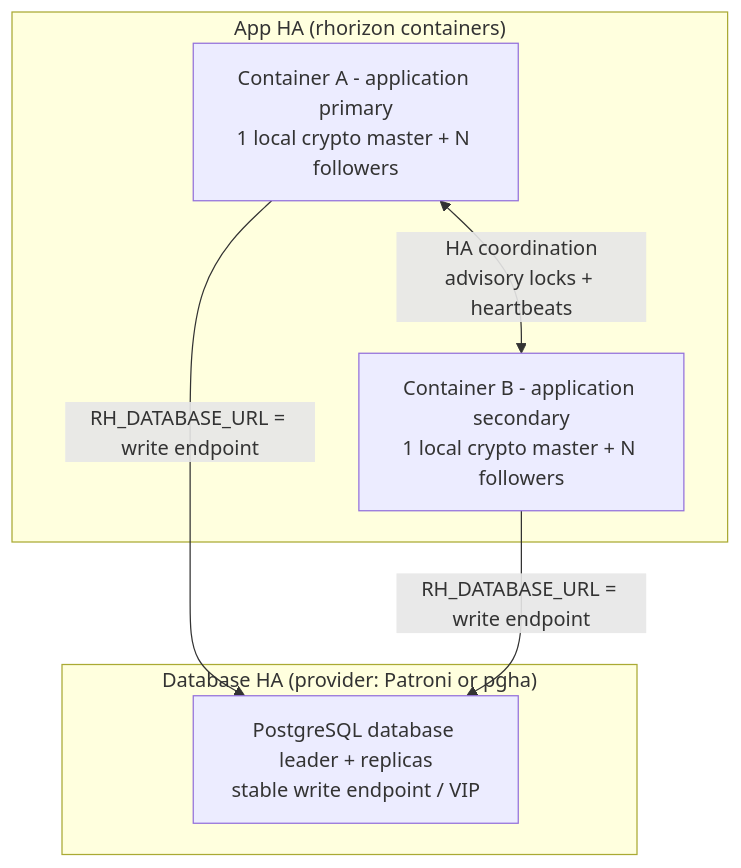
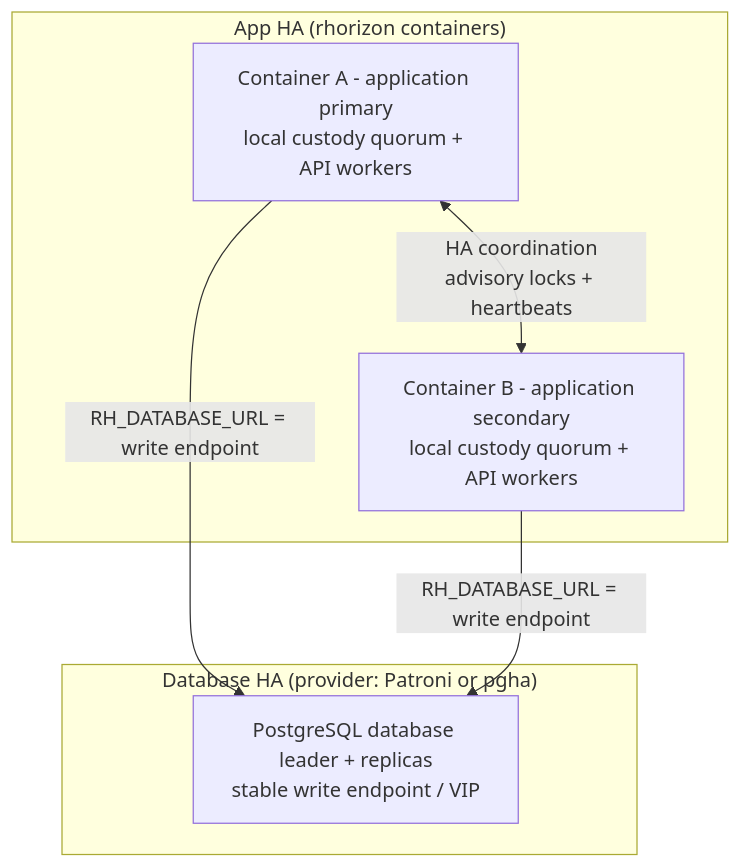
The diagram in docs/HA-CLUSTER.md (JR-Shdw/Horizon), drawn with Mermaid before and after one commit. The commit also changed other lines of this file and 146 other files, not shown here.

````diff
--- a/docs/HA-CLUSTER.md
+++ b/docs/HA-CLUSTER.md
@@ -85,13 +86,13 @@
 ```mermaid
 flowchart TB
     subgraph PG["Database HA (provider: Patroni or pgha)"]
         pg["PostgreSQL database leader + replicas<br/>stable write endpoint / VIP"]
     end
     subgraph APP["App HA (rhorizon containers)"]
-        A["Container A - application primary<br/>1 local crypto master + N followers"]
-        B["Container B - application secondary<br/>1 local crypto master + N followers"]
+        A["Container A - application primary<br/>local custody quorum + API workers"]
+        B["Container B - application secondary<br/>local custody quorum + API workers"]
         A <-->|"HA coordination<br/>advisory locks + heartbeats"| B
     end
     A -->|RH_DATABASE_URL = write endpoint| pg
     B -->|RH_DATABASE_URL = write endpoint| pg
 ```
````
